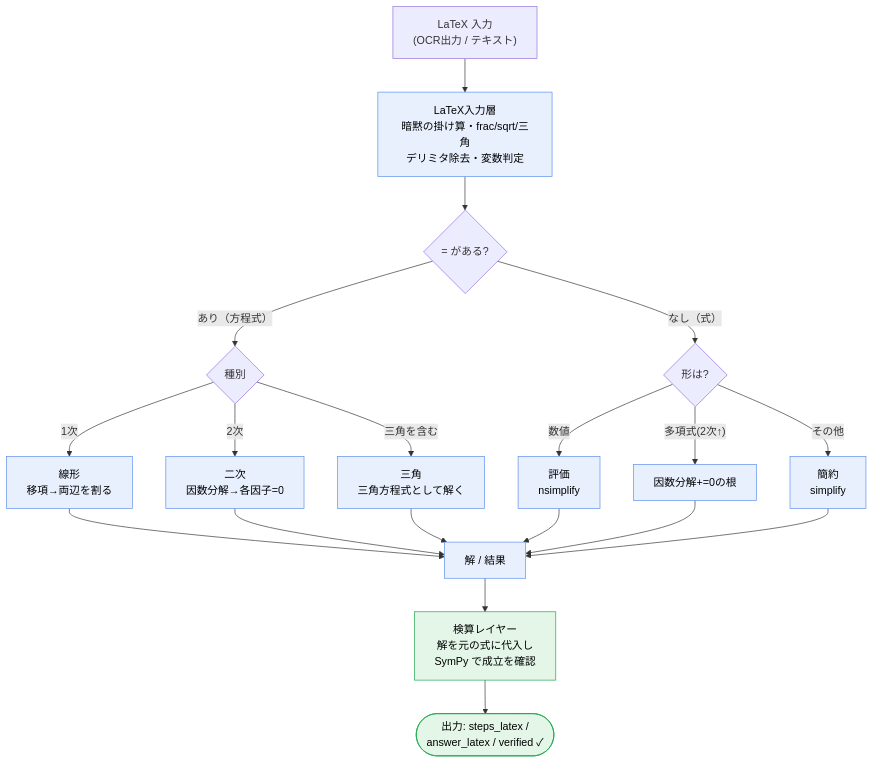
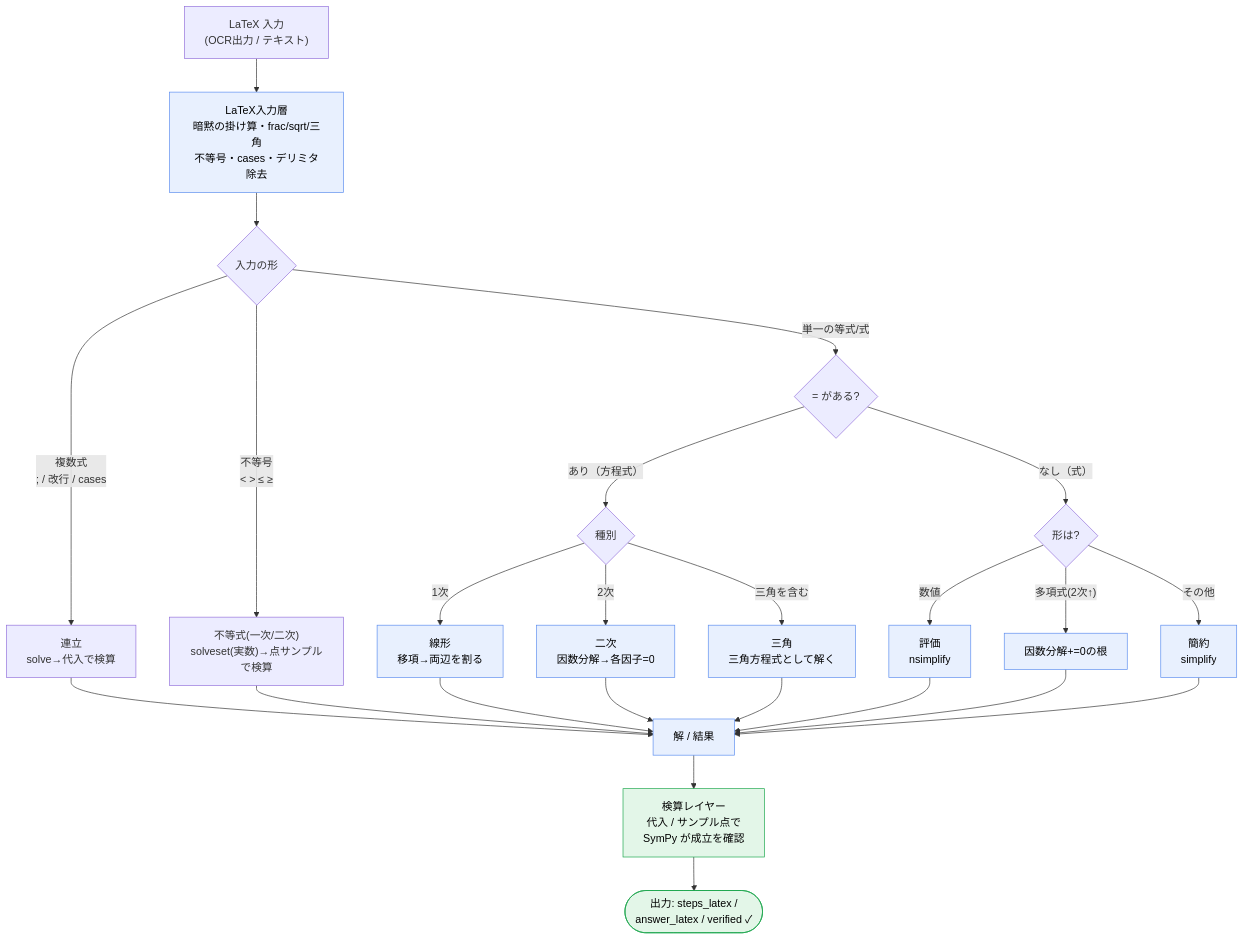
Before and after one commit to naka-himatubushi/sugaku-pad: the second of 2 diagrams in README.md, drawn with Mermaid. The commit also changed other lines of this file and 3 other files, not shown here.

````diff
--- a/README.md
+++ b/README.md
@@ -77,25 +77,30 @@
 ```mermaid
 flowchart TD
-    IN["LaTeX 入力<br/>(OCR出力 / テキスト)"] --> NORM["LaTeX入力層<br/>暗黙の掛け算・frac/sqrt/三角<br/>デリミタ除去・変数判定"]
-    NORM --> Q{"= がある?"}
+    IN["LaTeX 入力<br/>(OCR出力 / テキスト)"] --> NORM["LaTeX入力層<br/>暗黙の掛け算・frac/sqrt/三角<br/>不等号・cases・デリミタ除去"]
+    NORM --> RT{"入力の形"}
+    RT -->|"複数式<br/>; / 改行 / cases"| SYS["連立<br/>solve→代入で検算"]
+    RT -->|"不等号<br/>&lt; &gt; ≤ ≥"| INQ["不等式(一次/二次)<br/>solveset(実数)→点サンプルで検算"]
+    RT -->|"単一の等式/式"| Q{"= がある?"}
     Q -->|"あり（方程式）"| EQ{"種別"}
     EQ -->|"1次"| L["線形<br/>移項→両辺を割る"]
     EQ -->|"2次"| QD["二次<br/>因数分解→各因子=0"]
     EQ -->|"三角を含む"| TR["三角<br/>三角方程式として解く"]
     Q -->|"なし（式）"| EX{"形は?"}
     EX -->|"数値"| NU["評価<br/>nsimplify"]
     EX -->|"多項式(2次↑)"| PO["因数分解+=0の根"]
     EX -->|"その他"| SI["簡約<br/>simplify"]
-    L --> SOL["解 / 結果"]
+    SYS --> SOL["解 / 結果"]
+    INQ --> SOL
+    L --> SOL
     QD --> SOL
     TR --> SOL
     NU --> SOL
     PO --> SOL
     SI --> SOL
-    SOL --> VF["検算レイヤー<br/>解を元の式に代入し<br/>SymPy で成立を確認"]
+    SOL --> VF["検算レイヤー<br/>代入 / サンプル点で<br/>SymPy が成立を確認"]
     VF --> OUT(["出力: steps_latex /<br/>answer_latex / verified ✓"])
     classDef det fill:#e8f0fe,stroke:#5b8def,color:#000;
     classDef verify fill:#e3f6e8,stroke:#1aa64b,color:#000;
     class NORM,L,QD,TR,NU,PO,SI,SOL det;
     class VF,OUT verify;
 ```
````
